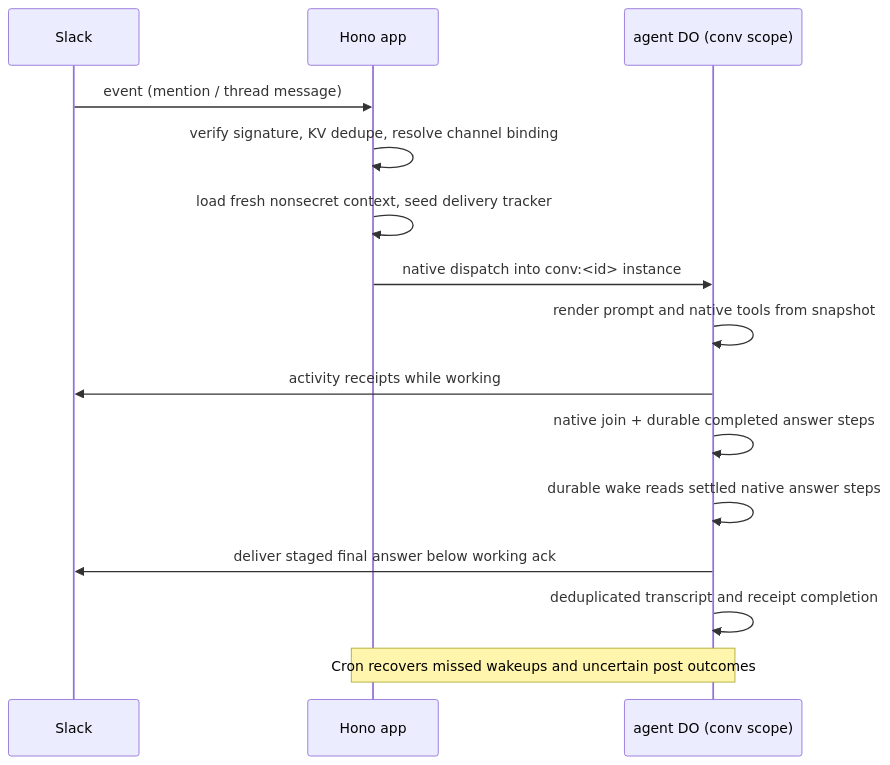
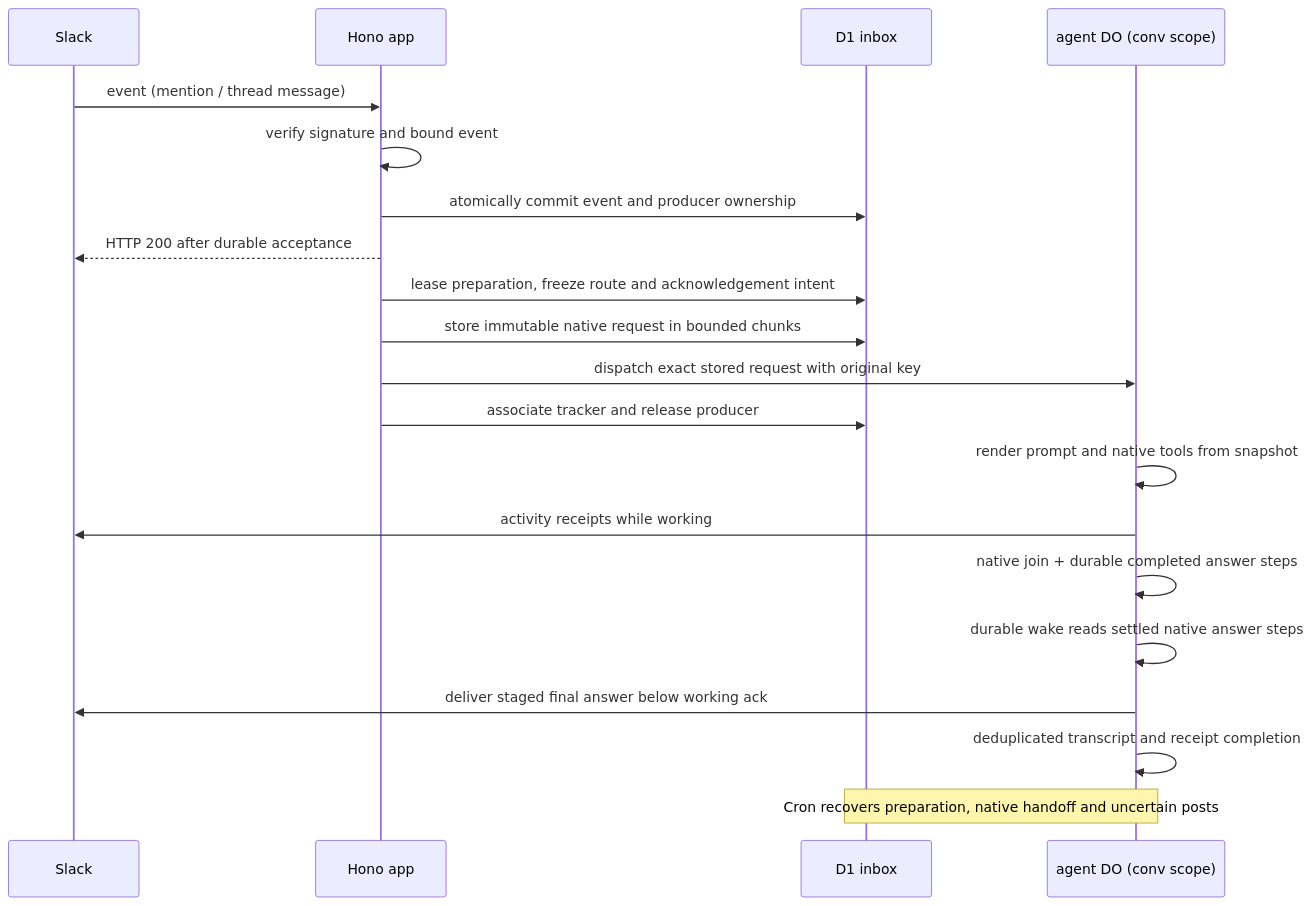
The second of 2 diagrams in README.md (cshyang/MoreHands), drawn with Mermaid before and after one commit. The commit also changed other lines of this file and 133 other files, not shown here.

````diff
--- a/README.md
+++ b/README.md
@@ -78,17 +82,22 @@
 ```mermaid
 sequenceDiagram
     participant S as Slack
     participant A as Hono app
+    participant I as D1 inbox
     participant D as agent DO (conv scope)
     S->>A: event (mention / thread message)
-    A->>A: verify signature, KV dedupe, resolve channel binding
-    A->>A: load fresh nonsecret context, seed delivery tracker
-    A->>D: native dispatch into conv:<id> instance
+    A->>A: verify signature and bound event
+    A->>I: atomically commit event and producer ownership
+    A-->>S: HTTP 200 after durable acceptance
+    A->>I: lease preparation, freeze route and acknowledgement intent
+    A->>I: store immutable native request in bounded chunks
+    A->>D: dispatch exact stored request with original key
+    A->>I: associate tracker and release producer
     D->>D: render prompt and native tools from snapshot
     D->>S: activity receipts while working
     D->>D: native join + durable completed answer steps
     D->>D: durable wake reads settled native answer steps
     D->>S: deliver staged final answer below working ack
     D->>D: deduplicated transcript and receipt completion
-    Note over A,D: Cron recovers missed wakeups and uncertain post outcomes
+    Note over I,D: Cron recovers preparation, native handoff and uncertain posts
 ```
````
